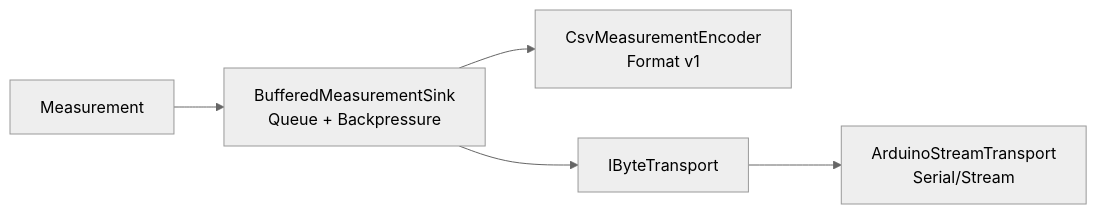
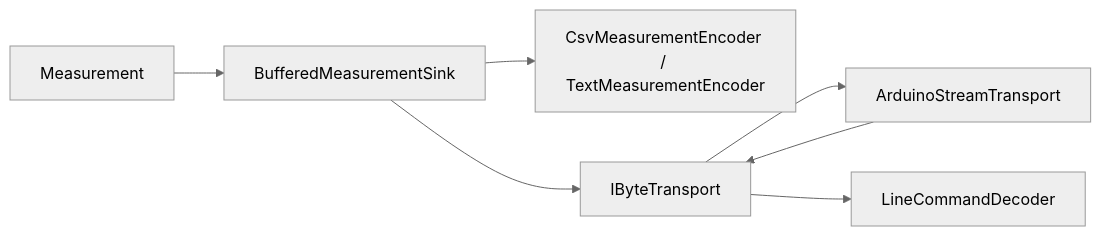
The diagram in repositories/mea-communication/README.md (MROutake/MEA-), drawn with Mermaid (neutral theme) before and after one commit. The commit also changed other lines of this file and 86 other files, not shown here.

Commit message:
docs: align workspace with modular target architecture

````diff
--- a/repositories/mea-communication/README.md
+++ b/repositories/mea-communication/README.md
@@ -19,13 +12,13 @@
 ```mermaid
 flowchart LR
     Measurement[Measurement]
-    Sink[BufferedMeasurementSink<br/>Queue + Backpressure]
-    Encoder[CsvMeasurementEncoder<br/>Format v1]
+    Sink[BufferedMeasurementSink]
+    Encoder[CsvMeasurementEncoder / TextMeasurementEncoder]
     Transport[IByteTransport]
-    Serial[ArduinoStreamTransport<br/>Serial/Stream]
+    Serial[ArduinoStreamTransport]
+    Decoder[LineCommandDecoder]
 
-    Measurement --> Sink
-    Sink --> Encoder
-    Sink --> Transport
-    Transport --> Serial
+    Measurement --> Sink --> Encoder
+    Sink --> Transport --> Serial
+    Serial --> Transport --> Decoder
 ```
````
